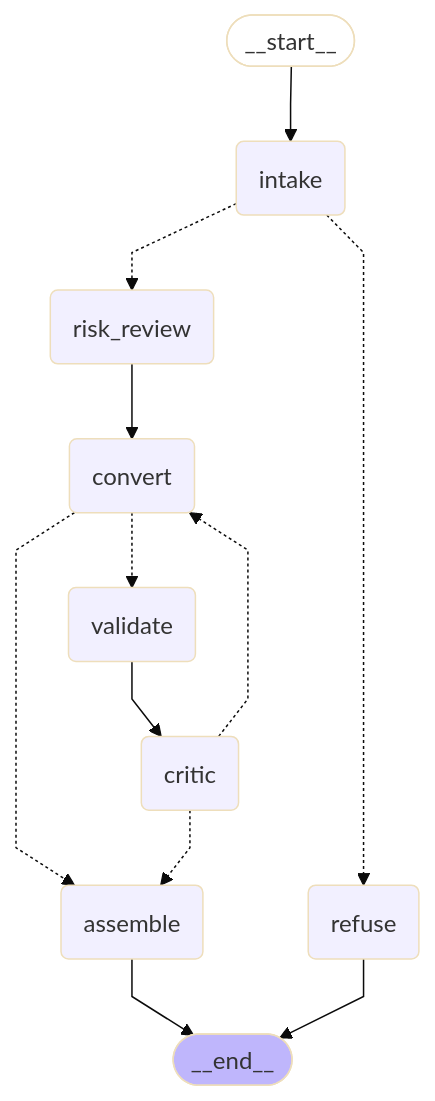
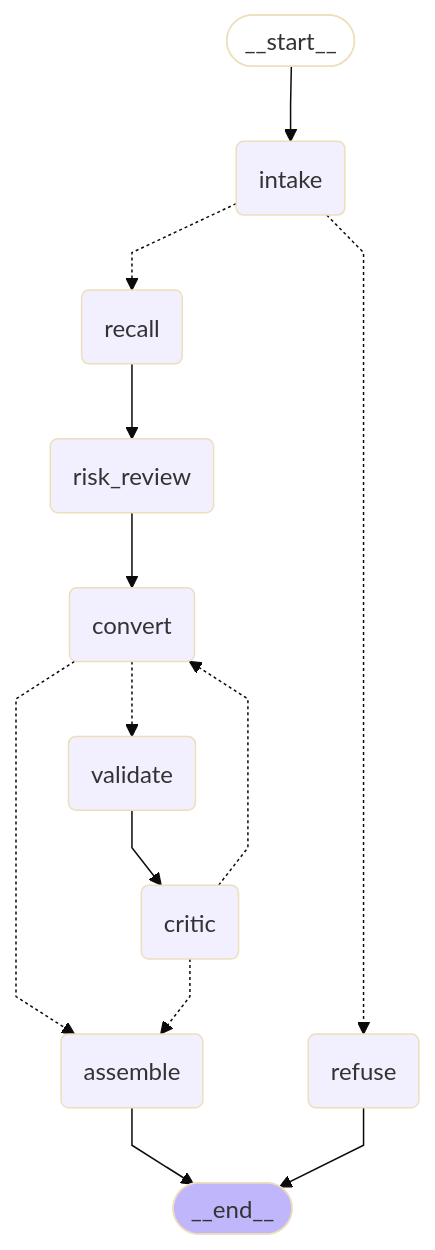
Before and after one commit to varunbhatt2193/selenium2playwright: the diagram in README.md, drawn with Mermaid (base theme). The commit also changed other lines of this file and 15 other files, not shown here.

````diff
--- a/README.md
+++ b/README.md
@@ -31,31 +33,33 @@
 ```mermaid
 ---
 config:
   flowchart:
     curve: linear
 ---
 graph TD;
 	__start__([<p>__start__</p>]):::first
 	intake(intake)
+	recall(recall)
 	risk_review(risk_review)
 	convert(convert)
 	refuse(refuse)
 	validate(validate)
 	critic(critic)
 	assemble(assemble)
 	__end__([<p>__end__</p>]):::last
 	__start__ --> intake;
 	convert -.-> assemble;
 	convert -.-> validate;
 	critic -.-> assemble;
 	critic -.-> convert;
+	intake -.-> recall;
 	intake -.-> refuse;
-	intake -.-> risk_review;
+	recall --> risk_review;
 	risk_review --> convert;
 	validate --> critic;
 	assemble --> __end__;
 	refuse --> __end__;
 	classDef default fill:#f2f0ff,line-height:1.2
 	classDef first fill-opacity:0
 	classDef last fill:#bfb6fc
 ```
````
